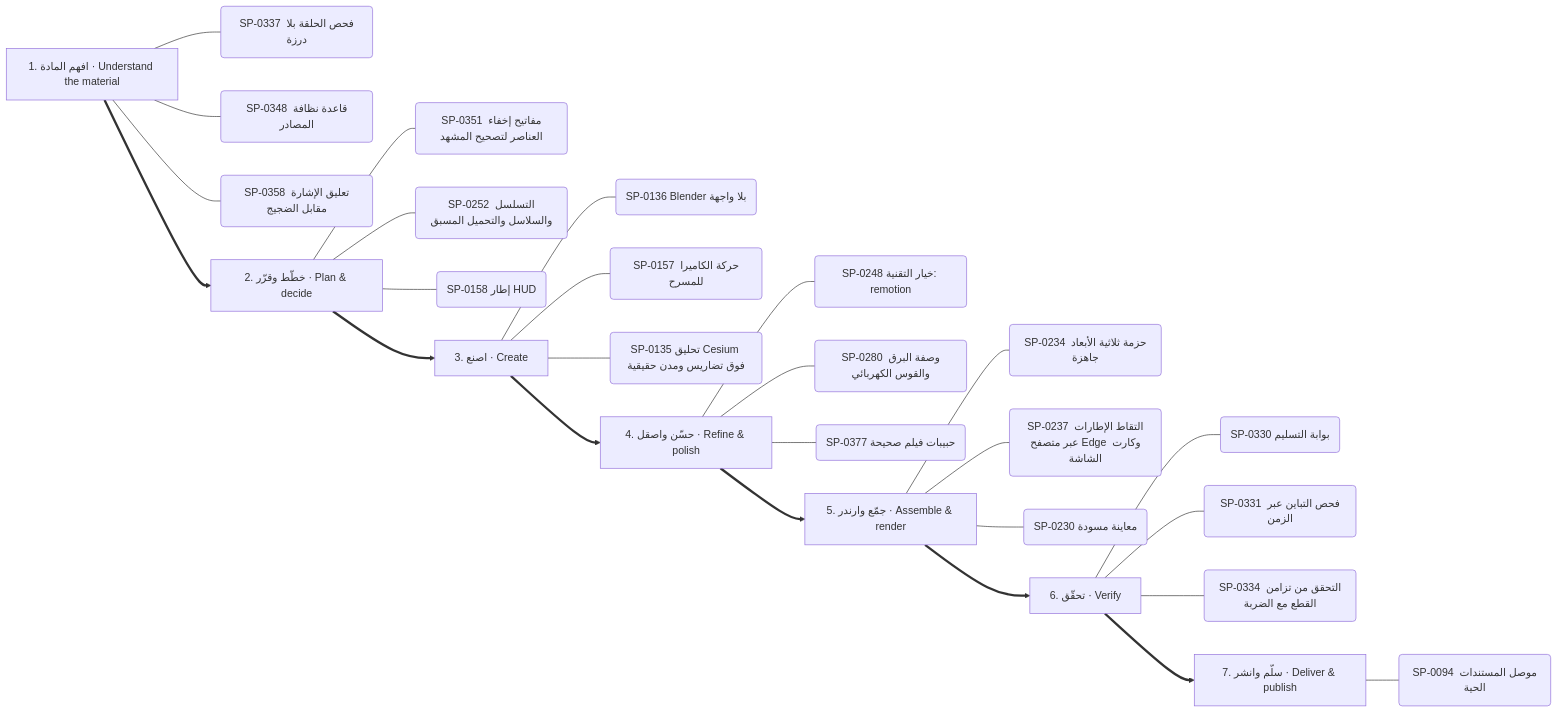
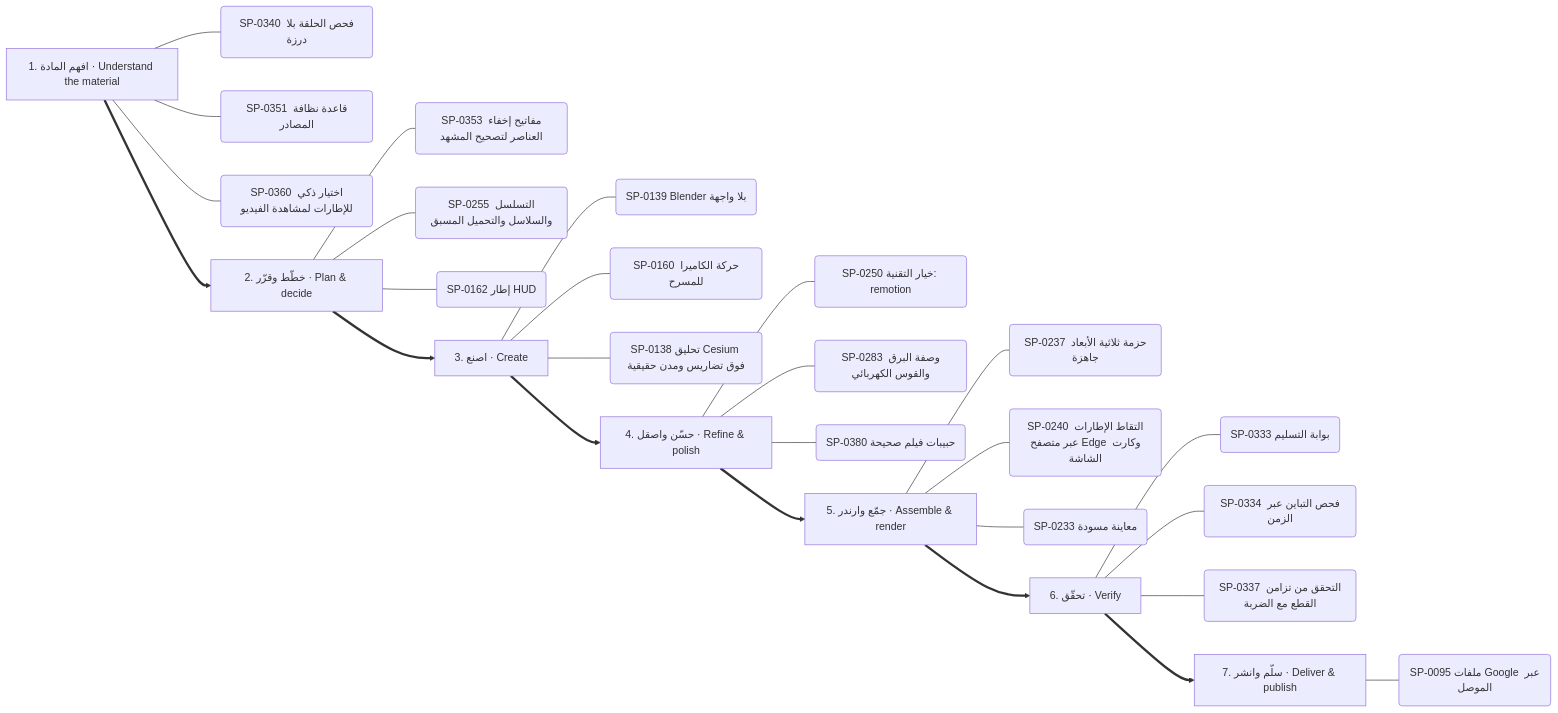
One commit to kosif199022-jpg/kosif-tool changed the eighth of 13 diagrams in .claude/skills/kosif-superpowers/references/capability-mindmap.md. Above: the diagram before and after it, drawn with Mermaid. The commit also changed other lines of this file and 46 other files, not shown here.

````diff
--- a/.claude/skills/kosif-superpowers/references/capability-mindmap.md
+++ b/.claude/skills/kosif-superpowers/references/capability-mindmap.md
@@ -407,35 +407,35 @@
 ```mermaid
 flowchart LR
   S0["1. افهم المادة · Understand the material"]
-  S0 --- S0_0("SP-0337 فحص الحلقة بلا درزة")
-  S0 --- S0_1("SP-0348 قاعدة نظافة المصادر")
-  S0 --- S0_2("SP-0358 تعليق الإشارة مقابل الضجيج")
+  S0 --- S0_0("SP-0340 فحص الحلقة بلا درزة")
+  S0 --- S0_1("SP-0351 قاعدة نظافة المصادر")
+  S0 --- S0_2("SP-0360 اختيار ذكي للإطارات لمشاهدة الفيديو")
   S1["2. خطّط وقرّر · Plan & decide"]
-  S1 --- S1_0("SP-0351 مفاتيح إخفاء العناصر لتصحيح المشهد")
-  S1 --- S1_1("SP-0252 التسلسل والسلاسل والتحميل المسبق")
-  S1 --- S1_2("SP-0158 إطار HUD")
+  S1 --- S1_0("SP-0353 مفاتيح إخفاء العناصر لتصحيح المشهد")
+  S1 --- S1_1("SP-0255 التسلسل والسلاسل والتحميل المسبق")
+  S1 --- S1_2("SP-0162 إطار HUD")
   S0 ==> S1
   S2["3. اصنع · Create"]
-  S2 --- S2_0("SP-0136 Blender بلا واجهة")
-  S2 --- S2_1("SP-0157 حركة الكاميرا للمسرح")
-  S2 --- S2_2("SP-0135 تحليق Cesium فوق تضاريس ومدن حقيقية")
+  S2 --- S2_0("SP-0139 Blender بلا واجهة")
+  S2 --- S2_1("SP-0160 حركة الكاميرا للمسرح")
+  S2 --- S2_2("SP-0138 تحليق Cesium فوق تضاريس ومدن حقيقية")
   S1 ==> S2
   S3["4. حسّن واصقل · Refine & polish"]
-  S3 --- S3_0("SP-0248 خيار التقنية: remotion")
-  S3 --- S3_1("SP-0280 وصفة البرق والقوس الكهربائي")
-  S3 --- S3_2("SP-0377 حبيبات فيلم صحيحة")
+  S3 --- S3_0("SP-0250 خيار التقنية: remotion")
+  S3 --- S3_1("SP-0283 وصفة البرق والقوس الكهربائي")
+  S3 --- S3_2("SP-0380 حبيبات فيلم صحيحة")
   S2 ==> S3
   S4["5. جمّع وارندر · Assemble & render"]
-  S4 --- S4_0("SP-0234 حزمة ثلاثية الأبعاد جاهزة")
-  S4 --- S4_1("SP-0237 التقاط الإطارات عبر متصفح Edge وكارت الشاشة")
-  S4 --- S4_2("SP-0230 معاينة مسودة")
+  S4 --- S4_0("SP-0237 حزمة ثلاثية الأبعاد جاهزة")
+  S4 --- S4_1("SP-0240 التقاط الإطارات عبر متصفح Edge وكارت الشاشة")
+  S4 --- S4_2("SP-0233 معاينة مسودة")
   S3 ==> S4
   S5["6. تحقّق · Verify"]
-  S5 --- S5_0("SP-0330 بوابة التسليم")
-  S5 --- S5_1("SP-0331 فحص التباين عبر الزمن")
-  S5 --- S5_2("SP-0334 التحقق من تزامن القطع مع الضربة")
+  S5 --- S5_0("SP-0333 بوابة التسليم")
+  S5 --- S5_1("SP-0334 فحص التباين عبر الزمن")
+  S5 --- S5_2("SP-0337 التحقق من تزامن القطع مع الضربة")
   S4 ==> S5
   S6["7. سلّم وانشر · Deliver & publish"]
-  S6 --- S6_0("SP-0094 موصل المستندات الحية")
+  S6 --- S6_0("SP-0095 ملفات Google عبر الموصل")
   S5 ==> S6
 ```
````
